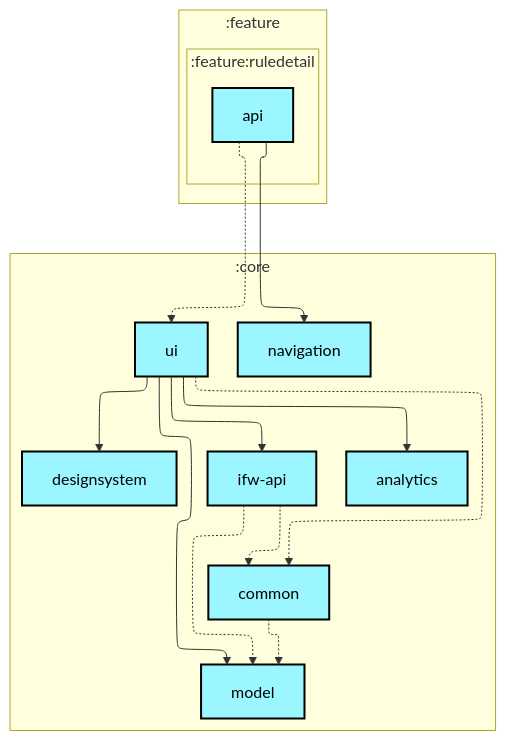
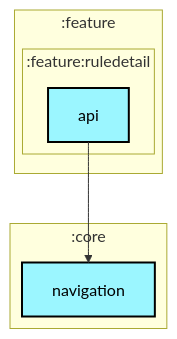
One commit to lihenggui/blocker changed the first of 2 diagrams in feature/ruledetail/api/README.md. Above: the diagram before and after it, drawn with Mermaid. The commit also changed 29 other files, not shown here.

First line of the commit message:
Update module dependency graphs after boundary cleanup

````diff
--- a/feature/ruledetail/api/README.md
+++ b/feature/ruledetail/api/README.md
@@ -6,44 +6,29 @@
 ```mermaid
 ---
 config:
   layout: elk
   elk:
     nodePlacementStrategy: SIMPLE
 ---
 graph TB
   subgraph :feature
     direction TB
     subgraph :feature:ruledetail
       direction TB
       :feature:ruledetail:api[api]:::android-library
     end
   end
   subgraph :core
     direction TB
-    :core:analytics[analytics]:::android-library
-    :core:common[common]:::android-library
-    :core:designsystem[designsystem]:::android-library
-    :core:ifw-api[ifw-api]:::android-library
-    :core:model[model]:::android-library
     :core:navigation[navigation]:::android-library
-    :core:ui[ui]:::android-library
   end
 
-  :core:common -.-> :core:model
-  :core:ifw-api -.-> :core:common
-  :core:ifw-api -.-> :core:model
-  :core:ui --> :core:analytics
-  :core:ui -.-> :core:common
-  :core:ui --> :core:designsystem
-  :core:ui --> :core:ifw-api
-  :core:ui --> :core:model
   :feature:ruledetail:api --> :core:navigation
-  :feature:ruledetail:api -.-> :core:ui
 
 classDef android-application fill:#CAFFBF,stroke:#000,stroke-width:2px,color:#000;
 classDef android-feature fill:#FFD6A5,stroke:#000,stroke-width:2px,color:#000;
 classDef android-library fill:#9BF6FF,stroke:#000,stroke-width:2px,color:#000;
 classDef android-test fill:#A0C4FF,stroke:#000,stroke-width:2px,color:#000;
 classDef jvm-library fill:#BDB2FF,stroke:#000,stroke-width:2px,color:#000;
 classDef unknown fill:#FFADAD,stroke:#000,stroke-width:2px,color:#000;
 ```
````
